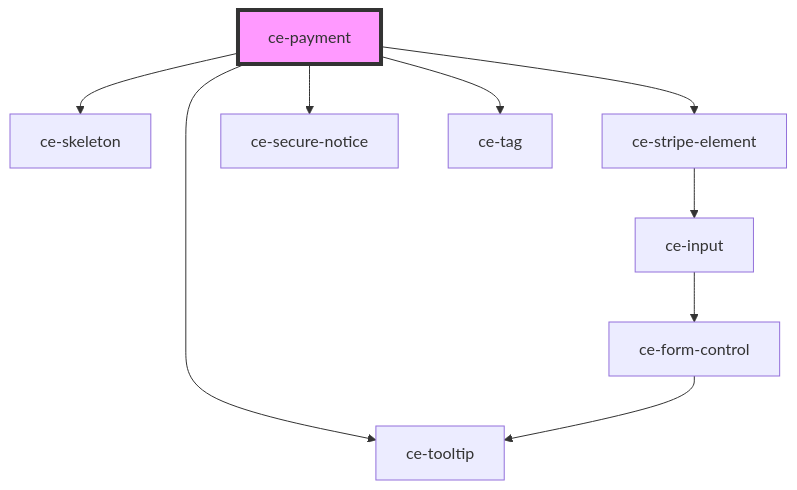
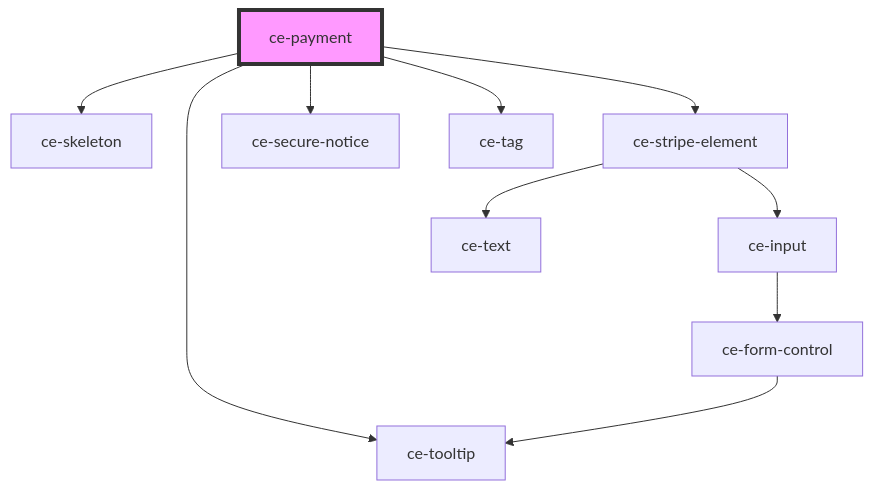
One commit to surecart/surecart-wp-plugin changed the diagram in packages/components/src/components/controllers/payment/readme.md. Above: the diagram before and after it, drawn with Mermaid. The commit also changed 118 other files, not shown here.

````diff
--- a/packages/components/src/components/controllers/payment/readme.md
+++ b/packages/components/src/components/controllers/payment/readme.md
@@ -32,12 +32,13 @@
 ```mermaid
 graph TD;
   ce-payment --> ce-skeleton
   ce-payment --> ce-stripe-element
   ce-payment --> ce-secure-notice
   ce-payment --> ce-tooltip
   ce-payment --> ce-tag
   ce-stripe-element --> ce-input
+  ce-stripe-element --> ce-text
   ce-input --> ce-form-control
   ce-form-control --> ce-tooltip
   style ce-payment fill:#f9f,stroke:#333,stroke-width:4px
 ```
````
